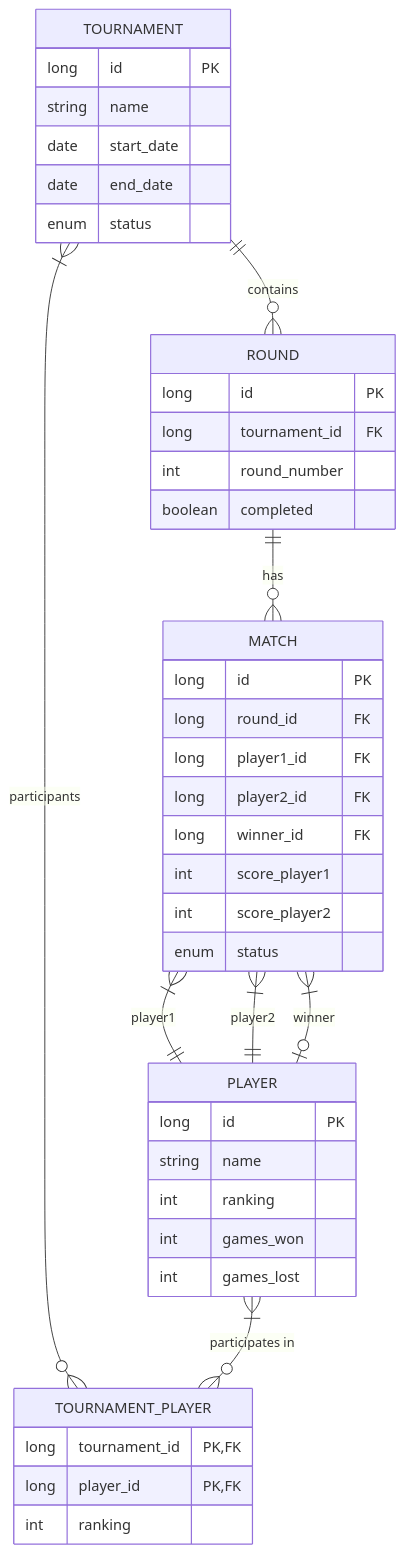
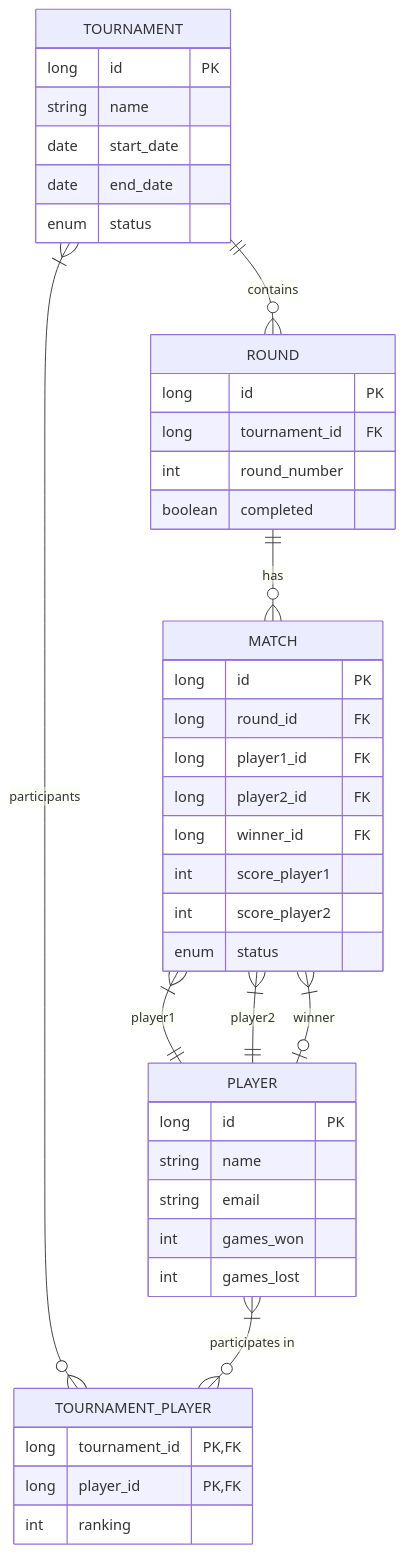
The diagram in Readme.md (ukondert/privat_turnier_management_app), drawn with Mermaid before and after one commit. The commit also changed other lines of this file, not shown here.

````diff
--- a/Readme.md
+++ b/Readme.md
@@ -26,50 +32,50 @@
 ```mermaid
 erDiagram
     PLAYER {
         long id PK
         string name
-        int ranking
+        string email
         int games_won
         int games_lost
     }
     
     TOURNAMENT {
         long id PK
         string name
         date start_date
         date end_date
         enum status
     }
     
     ROUND {
         long id PK
         long tournament_id FK
         int round_number
         boolean completed
     }
     
     MATCH {
         long id PK
         long round_id FK
         long player1_id FK
         long player2_id FK
         long winner_id FK
         int score_player1
         int score_player2
         enum status
     }
     
     TOURNAMENT_PLAYER {
         long tournament_id PK, FK
         long player_id PK, FK
         int ranking
     }
     
     TOURNAMENT ||--o{ ROUND : "contains"
     ROUND ||--o{ MATCH : "has"
     MATCH }|--|| PLAYER : "player1"
     MATCH }|--|| PLAYER : "player2"
     MATCH }|--o| PLAYER : "winner"
     TOURNAMENT }|--o{ TOURNAMENT_PLAYER : "participants"
     PLAYER }|--o{ TOURNAMENT_PLAYER : "participates in"
 ```
````
